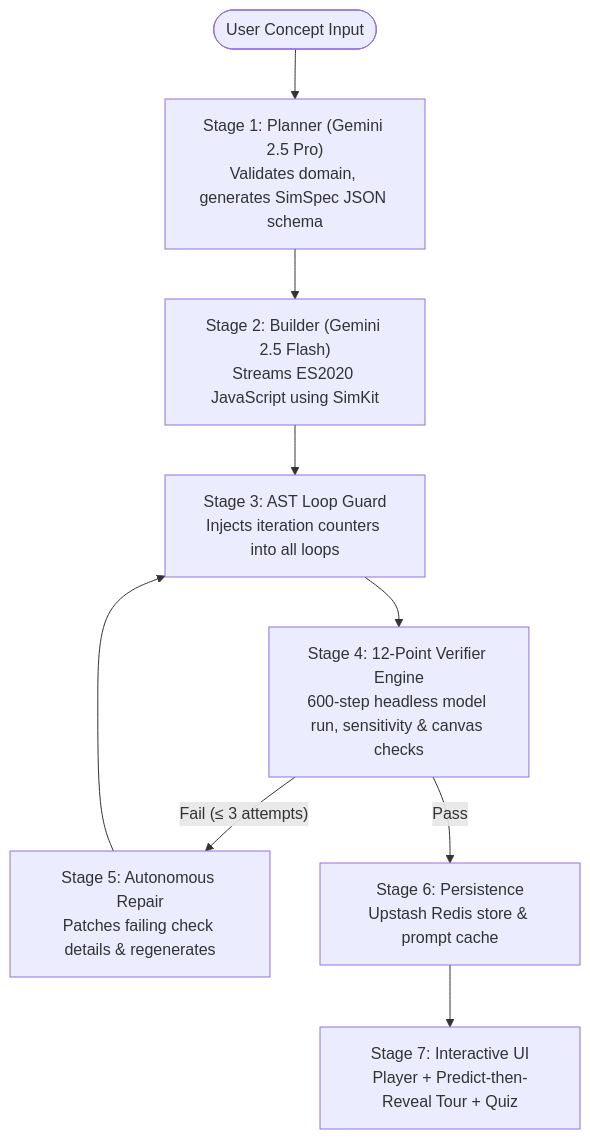
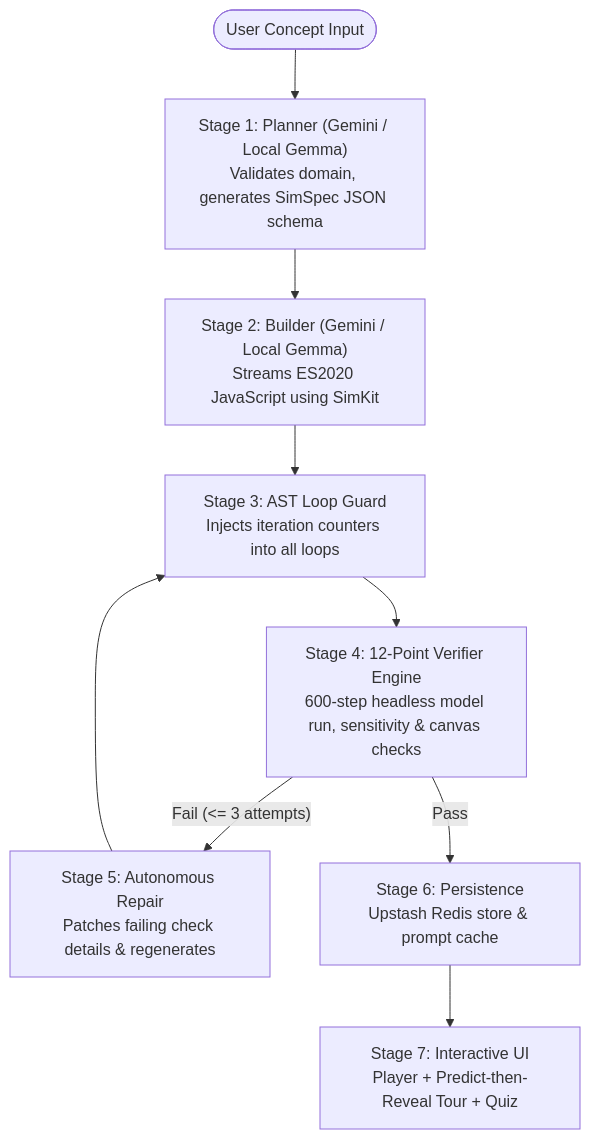
One commit to akstar256/playtheory changed the diagram in README.md. Above: the diagram before and after it, drawn with Mermaid. The commit also changed other lines of this file, not shown here.

````diff
--- a/README.md
+++ b/README.md
@@ -51,11 +82,11 @@
 ```mermaid
 flowchart TD
-  User([User Concept Input]) --> PlanNode["Stage 1: Planner (Gemini 2.5 Pro)<br/>Validates domain, generates SimSpec JSON schema"]
-  PlanNode --> BuildNode["Stage 2: Builder (Gemini 2.5 Flash)<br/>Streams ES2020 JavaScript using SimKit"]
+  User([User Concept Input]) --> PlanNode["Stage 1: Planner (Gemini / Local Gemma)<br/>Validates domain, generates SimSpec JSON schema"]
+  PlanNode --> BuildNode["Stage 2: Builder (Gemini / Local Gemma)<br/>Streams ES2020 JavaScript using SimKit"]
   BuildNode --> ASTNode["Stage 3: AST Loop Guard<br/>Injects iteration counters into all loops"]
   ASTNode --> VerifierNode["Stage 4: 12-Point Verifier Engine<br/>600-step headless model run, sensitivity & canvas checks"]
-  VerifierNode -- "Fail (≤ 3 attempts)" --> RepairNode["Stage 5: Autonomous Repair<br/>Patches failing check details & regenerates"]
+  VerifierNode -- "Fail (<= 3 attempts)" --> RepairNode["Stage 5: Autonomous Repair<br/>Patches failing check details & regenerates"]
   RepairNode --> ASTNode
   VerifierNode -- "Pass" --> CacheNode["Stage 6: Persistence<br/>Upstash Redis store & prompt cache"]
   CacheNode --> ClientNode["Stage 7: Interactive UI<br/>Player + Predict-then-Reveal Tour + Quiz"]
 ```
````
